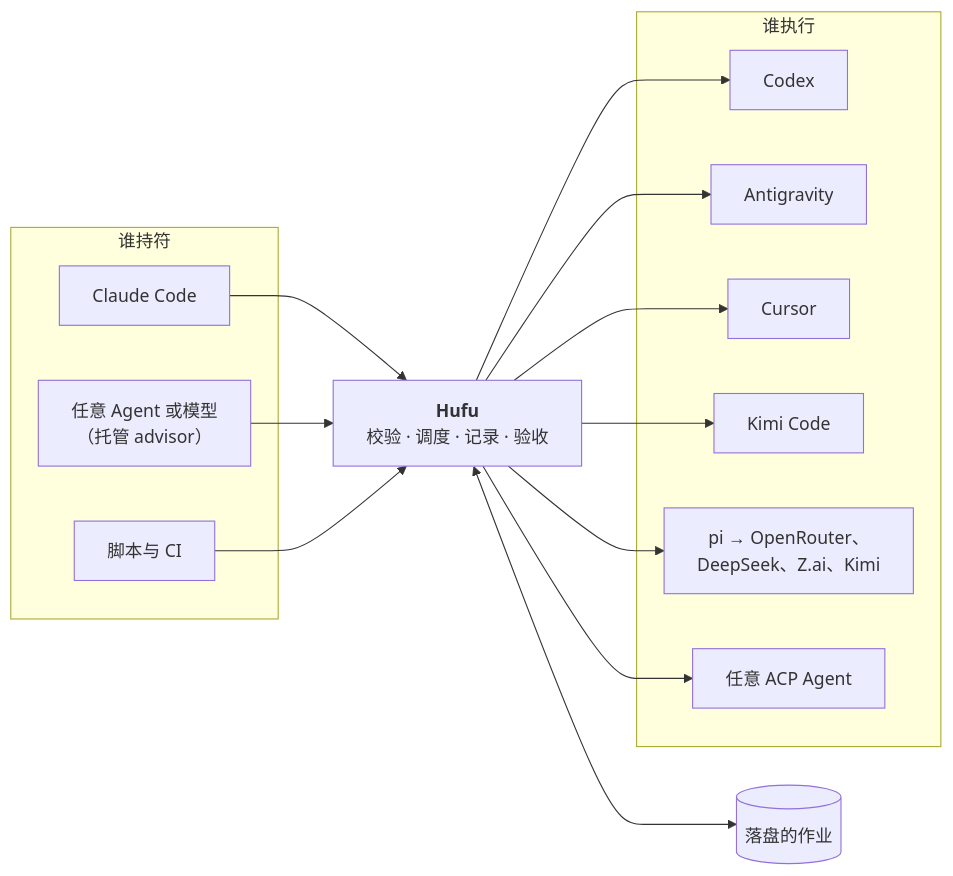
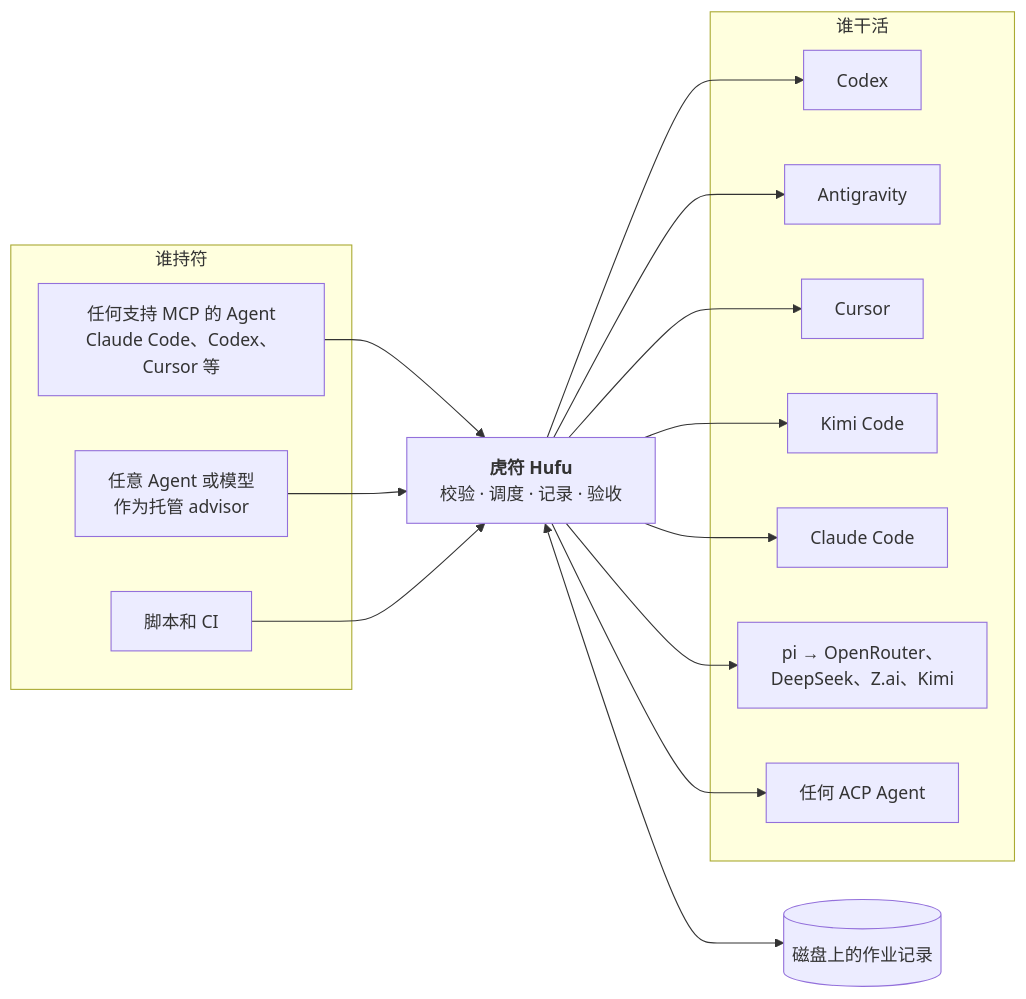
Before and after one commit to kverona-ai/hufu: the diagram in README.zh-CN.md, drawn with Mermaid. The commit also changed other lines of this file and 27 other files, not shown here.

````diff
--- a/README.zh-CN.md
+++ b/README.zh-CN.md
@@ -42,30 +67,32 @@
 ```mermaid
 flowchart LR
     subgraph Callers["谁持符"]
-        A1["Claude Code"]
-        A2["任意 Agent 或模型<br/>（托管 advisor）"]
-        A3["脚本与 CI"]
+        A1["任何支持 MCP 的 Agent<br/>Claude Code、Codex、Cursor 等"]
+        A2["任意 Agent 或模型<br/>作为托管 advisor"]
+        A3["脚本和 CI"]
     end
 
-    H["<b>Hufu</b><br/>校验 · 调度 · 记录 · 验收"]
+    H["<b>虎符 Hufu</b><br/>校验 · 调度 · 记录 · 验收"]
 
-    subgraph Executors["谁执行"]
+    subgraph Executors["谁干活"]
         E1["Codex"]
         E2["Antigravity"]
         E3["Cursor"]
         E4["Kimi Code"]
-        E5["pi → OpenRouter、<br/>DeepSeek、Z.ai、Kimi"]
-        E6["任意 ACP Agent"]
+        E5["Claude Code"]
+        E6["pi → OpenRouter、<br/>DeepSeek、Z.ai、Kimi"]
+        E7["任何 ACP Agent"]
     end
 
     A1 --> H
     A2 --> H
     A3 --> H
     H --> E1
     H --> E2
     H --> E3
     H --> E4
     H --> E5
     H --> E6
-    H <--> S[("落盘的作业")]
+    H --> E7
+    H <--> S[("磁盘上的作业记录")]
 ```
````
